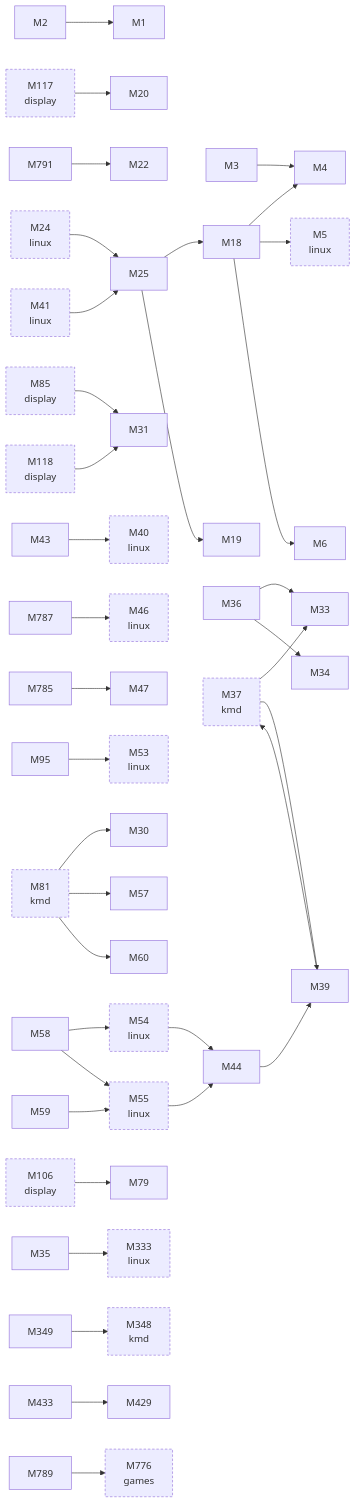
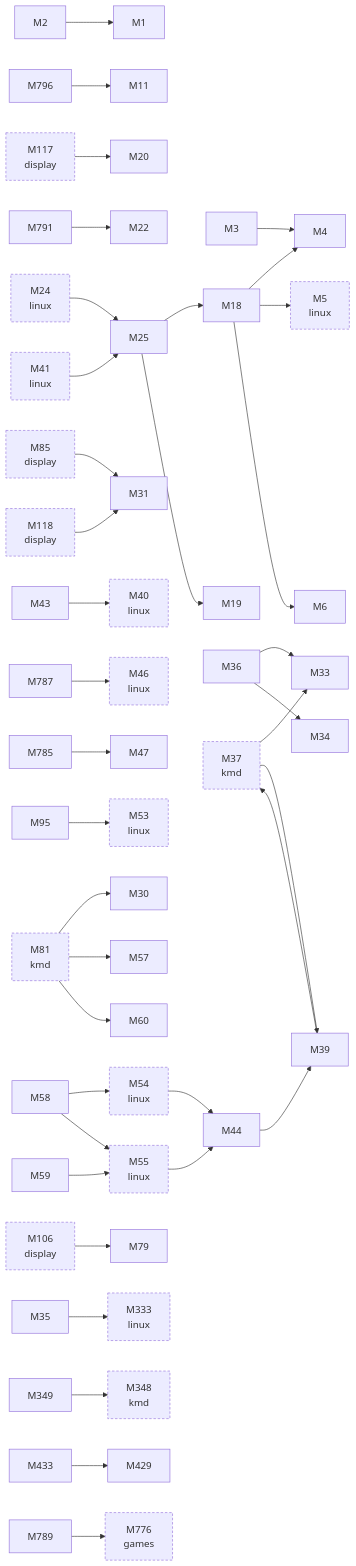
The second of 2 diagrams in docs/facts/graphs/hardware.md (D-Ogi/amdgpu-wddm), drawn with Mermaid before and after one commit. The commit also changed 5 other files, not shown here.

```diff
--- a/docs/facts/graphs/hardware.md
+++ b/docs/facts/graphs/hardware.md
@@ -61,6 +61,7 @@
   M4["M4"]
   M5["M5<br/>linux"]
   M6["M6"]
+  M11["M11"]
   M18["M18"]
   M19["M19"]
   M20["M20"]
@@ -105,6 +106,7 @@
   M787["M787"]
   M789["M789"]
   M791["M791"]
+  M796["M796"]
   M2 --> M1
   M3 --> M4
   M18 --> M4
@@ -128,6 +130,7 @@
   M787 --> M46
   M789 --> M776
   M791 --> M22
+  M796 --> M11
   M37 --> M33
   M37 --> M39
   M81 --> M30
```
